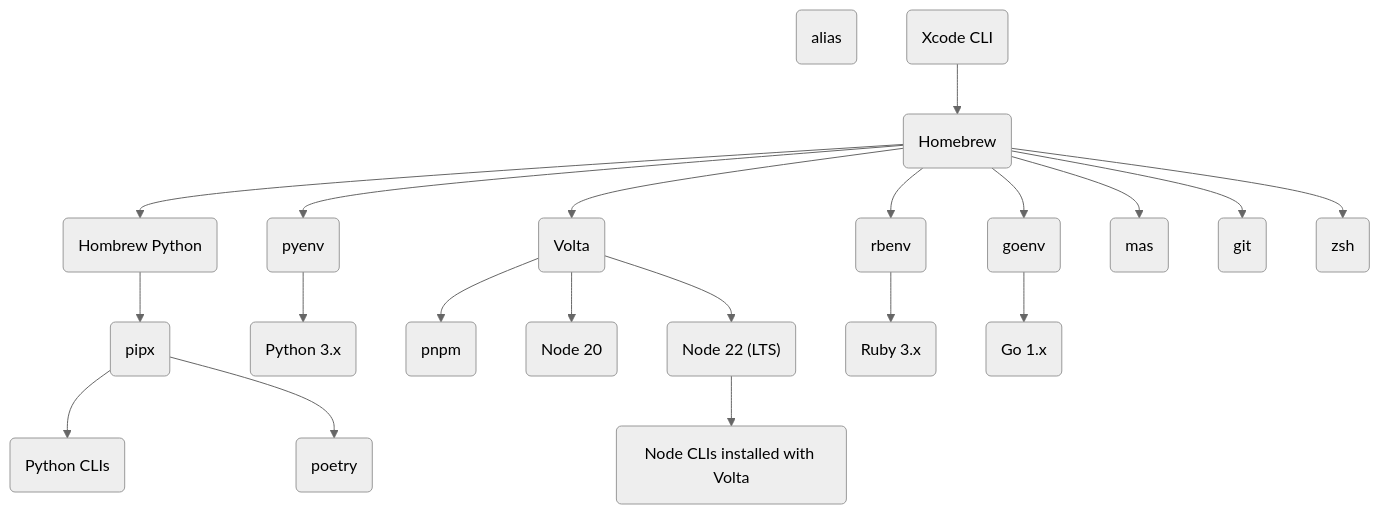
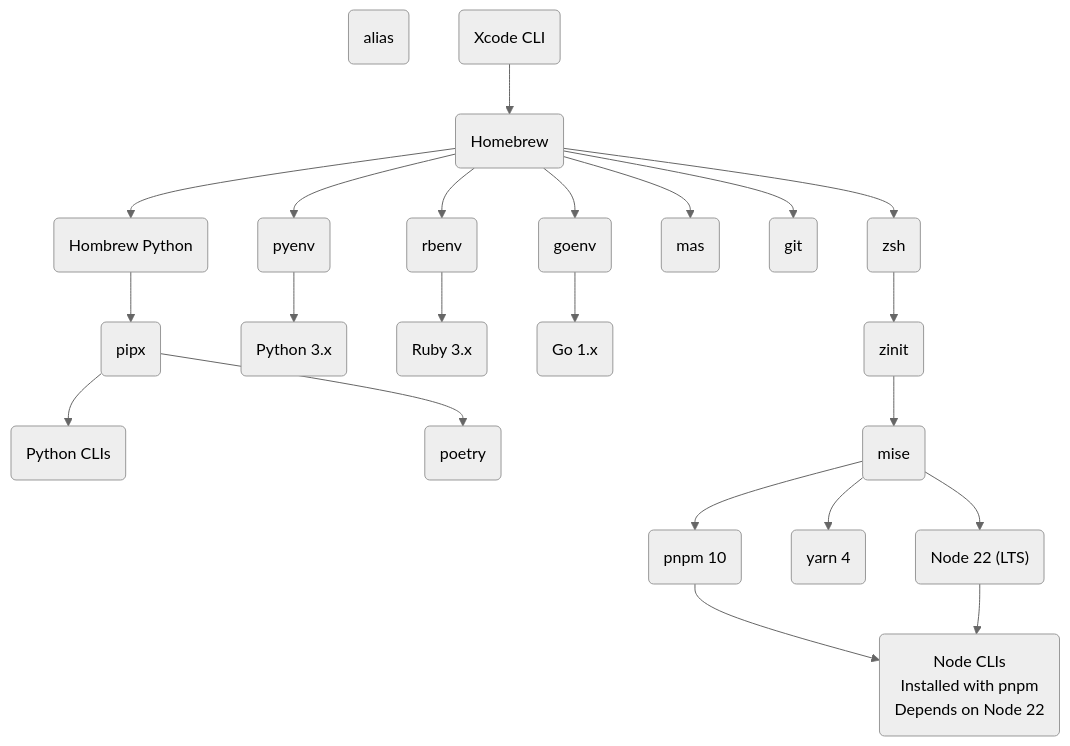
Before and after one commit to tomy0000000/docs: the diagram in docs/misc/mac/mac-setup.mdx, drawn with Mermaid (neutral theme). The commit also changed other lines of this file, not shown here.

Commit message:
📖 docs: `mac-setup`

````diff
--- a/docs/misc/mac/mac-setup.mdx
+++ b/docs/misc/mac/mac-setup.mdx
@@ -64,18 +63,17 @@
 ```mermaid
 graph TD
   A(alias)
   B(Xcode CLI) --> C(Homebrew)
   C --> D(Hombrew Python) --> E(pipx)
     E --> F(Python CLIs)
     E --> G(poetry)
   C --> H(pyenv) --> I(Python 3.x)
-  C --> K(Volta)
-    K --> L(pnpm)
-    K --> M(Node 20)
-    K --> N("Node 22 (LTS)") --> O(Node CLIs installed with Volta)
   C --> P(rbenv) --> Q(Ruby 3.x)
   C --> R(goenv) --> S(Go 1.x)
   C --> T(mas)
   C --> U(git)
-  C --> V(zsh)
+  C --> V(zsh) --> J(zinit) --> K(mise)
+    K --> L(pnpm 10) --> O("Node CLIs<br/>Installed with pnpm<br/>Depends on Node 22")
+    K --> M(yarn 4)
+    K --> N("Node 22 (LTS)") --> O
 ```
````
